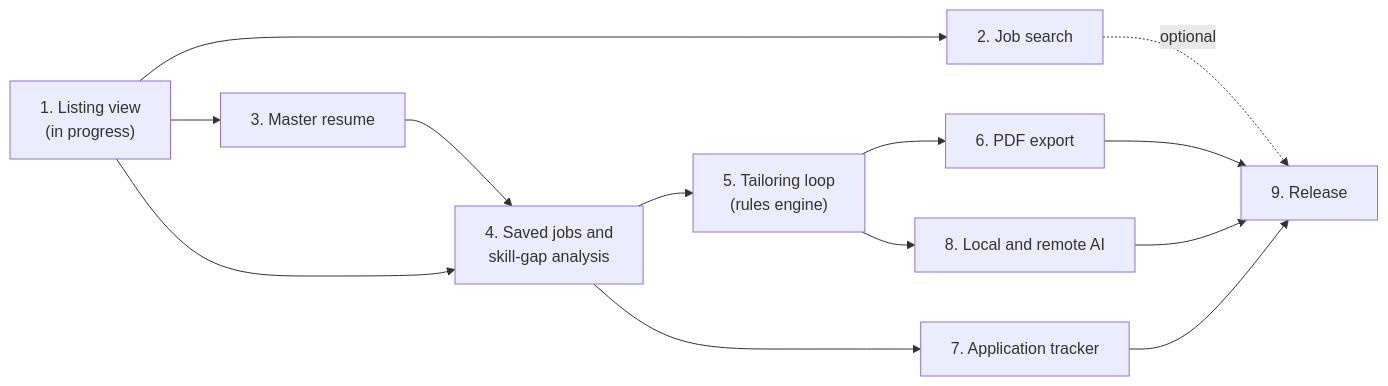
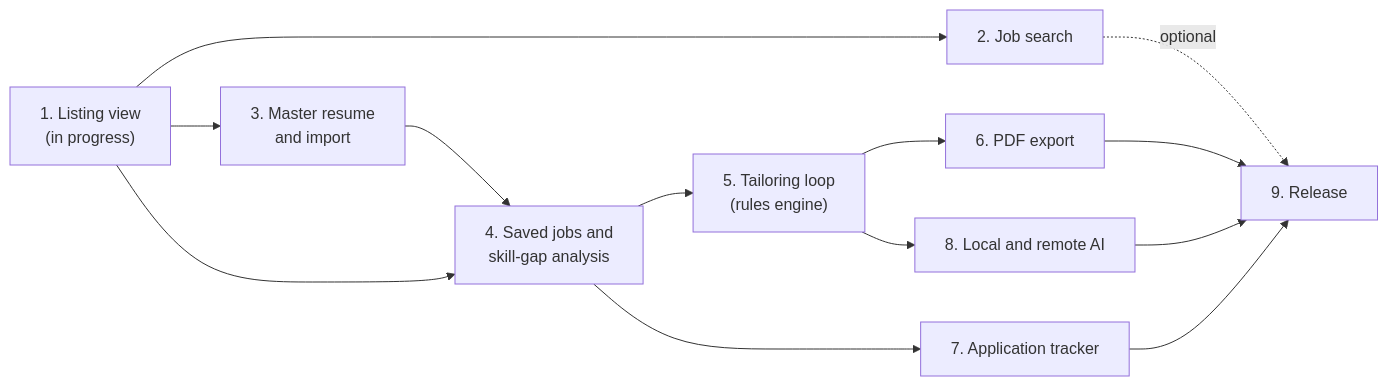
One commit to tlmcguire/fistbump changed the diagram in docs/roadmap.md. Above: the diagram before and after it, drawn with Mermaid. The commit also changed other lines of this file and 8 other files, not shown here.

First line of the commit message:
docs: plan resume import, hidden text handling and company links

````diff
--- a/docs/roadmap.md
+++ b/docs/roadmap.md
@@ -31,15 +31,15 @@
 ```mermaid
 flowchart LR
     P1["1. Listing view<br/>(in progress)"] --> P2["2. Job search"]
-    P1 --> P3["3. Master resume"]
+    P1 --> P3["3. Master resume<br/>and import"]
     P1 --> P4
     P3 --> P4["4. Saved jobs and<br/>skill-gap analysis"]
     P4 --> P5["5. Tailoring loop<br/>(rules engine)"]
     P5 --> P6["6. PDF export"]
     P4 --> P7["7. Application tracker"]
     P5 --> P8["8. Local and remote AI"]
     P6 --> P9["9. Release"]
     P7 --> P9
     P8 --> P9
     P2 -.->|optional| P9
 ```
````
